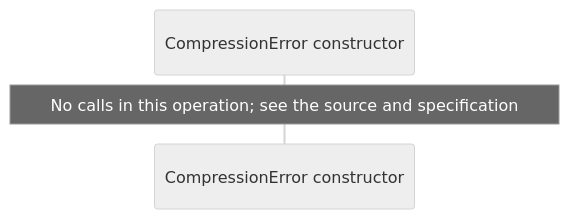
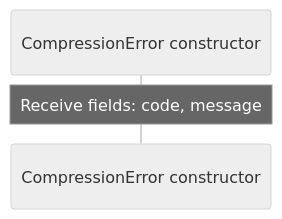
One commit to GreenPandaStudios/augscript changed the second of 2 diagrams in docs/examples/native-zlib/dependencies/packages/@greenpandastudios/aug-zlib/0.1.5/contracts-diagrams.md. Above: the diagram before and after it, drawn with Mermaid (neutral theme). The commit also changed other lines of this file and 289 other files, not shown here.

Commit message:
Correct diagram control flow and complete generated wiki navigation

````diff
--- a/docs/examples/native-zlib/dependencies/packages/@greenpandastudios/aug-zlib/0.1.5/contracts-diagrams.md
+++ b/docs/examples/native-zlib/dependencies/packages/@greenpandastudios/aug-zlib/0.1.5/contracts-diagrams.md
@@ -39,6 +39,6 @@
 ```mermaid
 sequenceDiagram
     participant p0 as CompressionError constructor
 
-    Note over p0: No calls in this operation#59; see the source and specification
+    Note over p0: Receive fields: code, message
 ```
````
